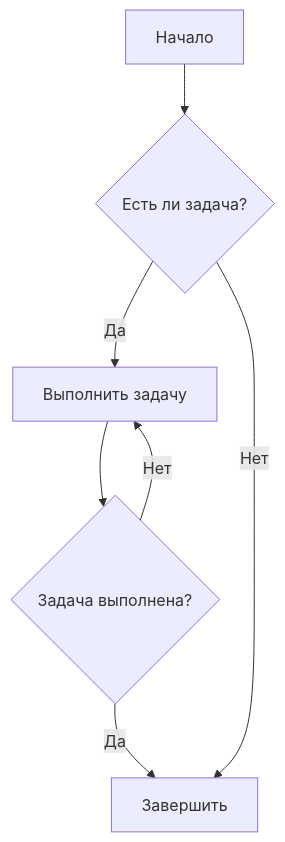
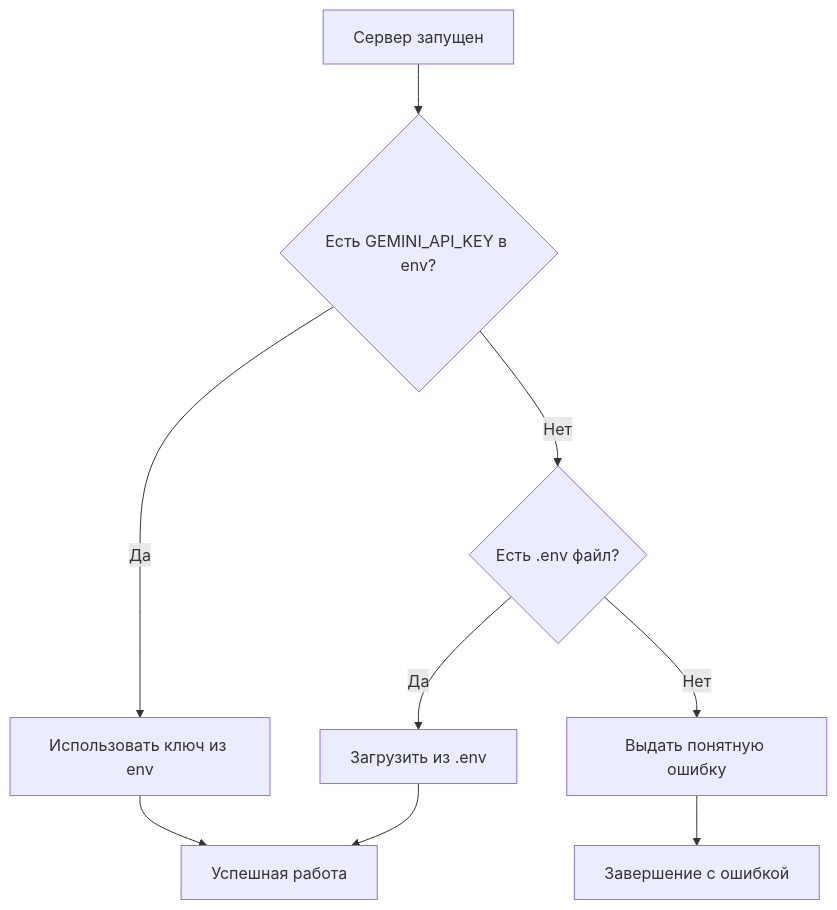
One commit to VladimirMonin/gemini-media-mcp changed the third of 3 diagrams in .clinerules/workflows/github_issues.md. Above: the diagram before and after it, drawn with Mermaid. The commit also changed other lines of this file and 6 other files, not shown here.

````diff
--- a/.clinerules/workflows/github_issues.md
+++ b/.clinerules/workflows/github_issues.md
@@ -68,9 +81,11 @@
 ```mermaid
 graph TD
-    A[Начало] --> B{Есть ли задача?};
-    B -- Да --> C[Выполнить задачу];
-    C --> D{Задача выполнена?};
-    D -- Да --> E[Завершить];
-    B -- Нет --> E;
-    D -- Нет --> C;
+    A[Сервер запущен] --> B{Есть GEMINI_API_KEY в env?}
+    B -- Да --> C[Использовать ключ из env]
+    B -- Нет --> D{Есть .env файл?}
+    D -- Да --> E[Загрузить из .env]
+    D -- Нет --> F[Выдать понятную ошибку]
+    C --> G[Успешная работа]
+    E --> G
+    F --> H[Завершение с ошибкой]
 ```
````
